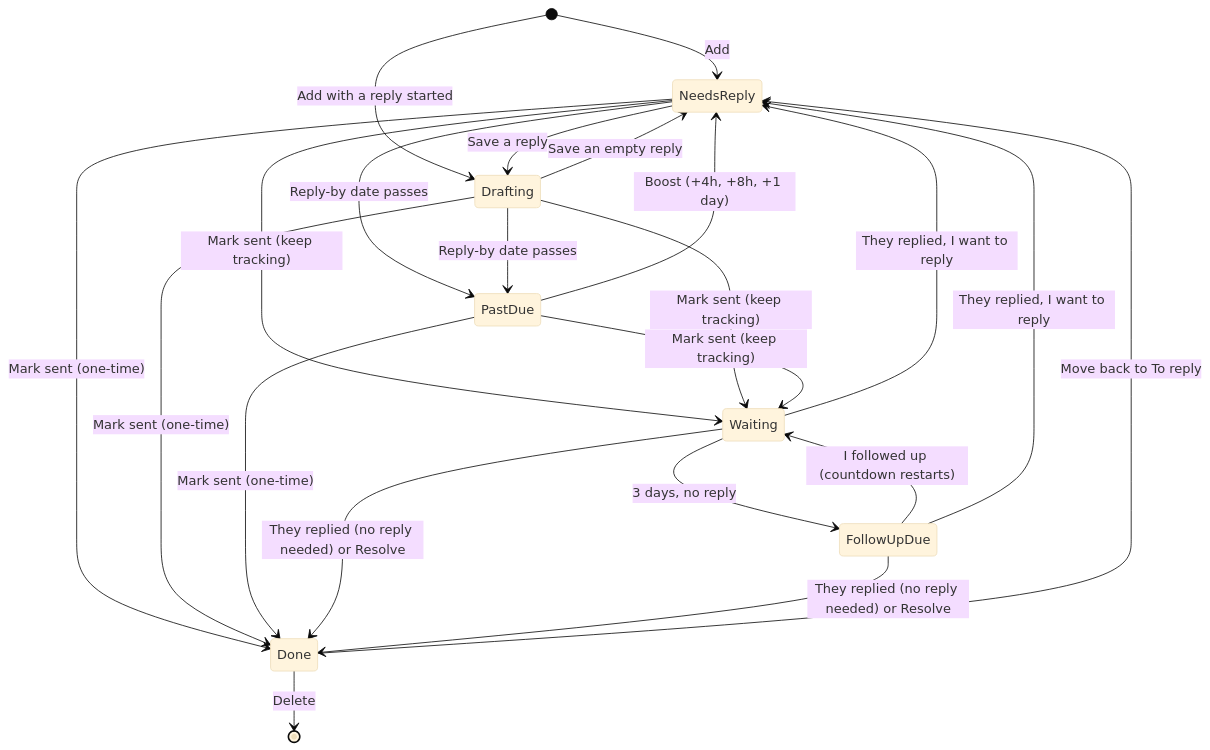
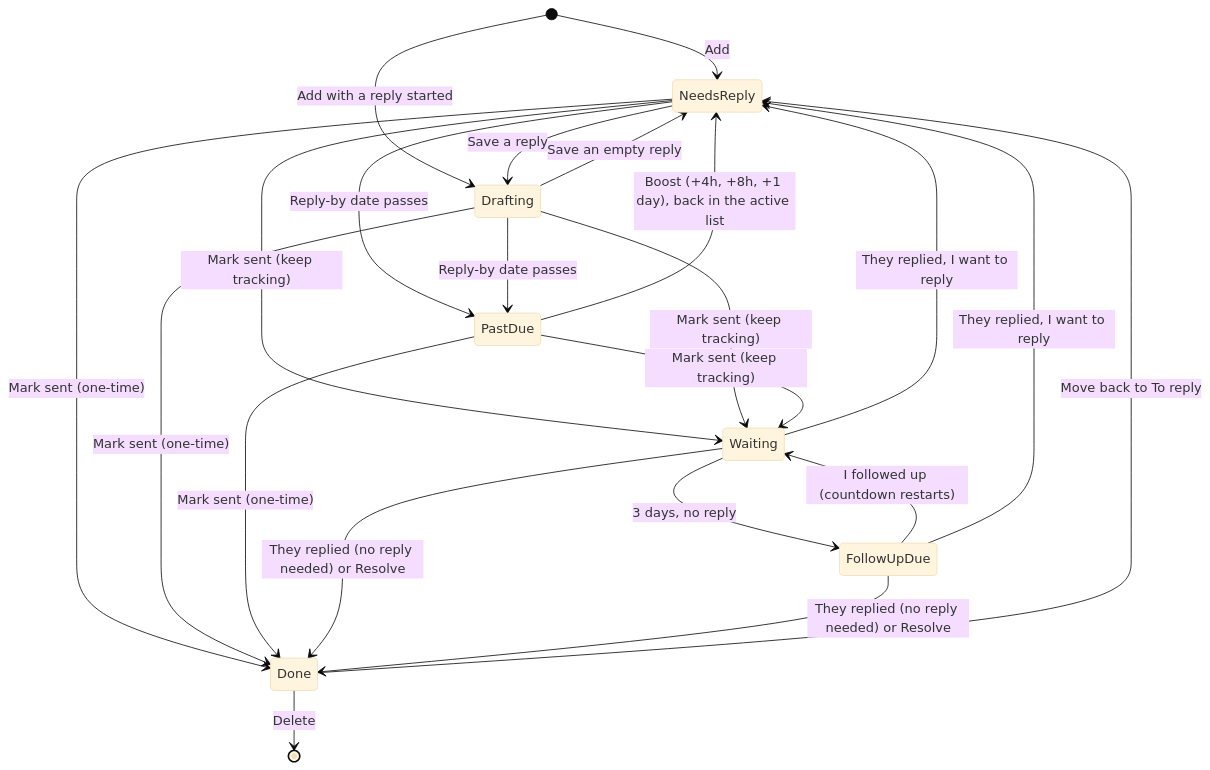
One commit to jdaguas/dbs-w3 changed the second of 2 diagrams in flows.md. Above: the diagram before and after it, drawn with Mermaid (base theme). The commit also changed other lines of this file and 7 other files, not shown here.

````diff
--- a/flows.md
+++ b/flows.md
@@ -49,24 +49,24 @@
 ```mermaid
 stateDiagram-v2
   [*] --> NeedsReply: Add
   [*] --> Drafting: Add with a reply started
   NeedsReply --> Drafting: Save a reply
   Drafting --> NeedsReply: Save an empty reply
   NeedsReply --> PastDue: Reply-by date passes
   Drafting --> PastDue: Reply-by date passes
-  PastDue --> NeedsReply: Boost (+4h, +8h, +1 day)
+  PastDue --> NeedsReply: Boost (+4h, +8h, +1 day), back in the active list
   NeedsReply --> Done: Mark sent (one-time)
   Drafting --> Done: Mark sent (one-time)
   PastDue --> Done: Mark sent (one-time)
   NeedsReply --> Waiting: Mark sent (keep tracking)
   Drafting --> Waiting: Mark sent (keep tracking)
   PastDue --> Waiting: Mark sent (keep tracking)
   Waiting --> FollowUpDue: 3 days, no reply
   FollowUpDue --> Waiting: I followed up (countdown restarts)
   Waiting --> NeedsReply: They replied, I want to reply
   FollowUpDue --> NeedsReply: They replied, I want to reply
   Waiting --> Done: They replied (no reply needed) or Resolve
   FollowUpDue --> Done: They replied (no reply needed) or Resolve
   Done --> NeedsReply: Move back to To reply
   Done --> [*]: Delete
 ```
````
